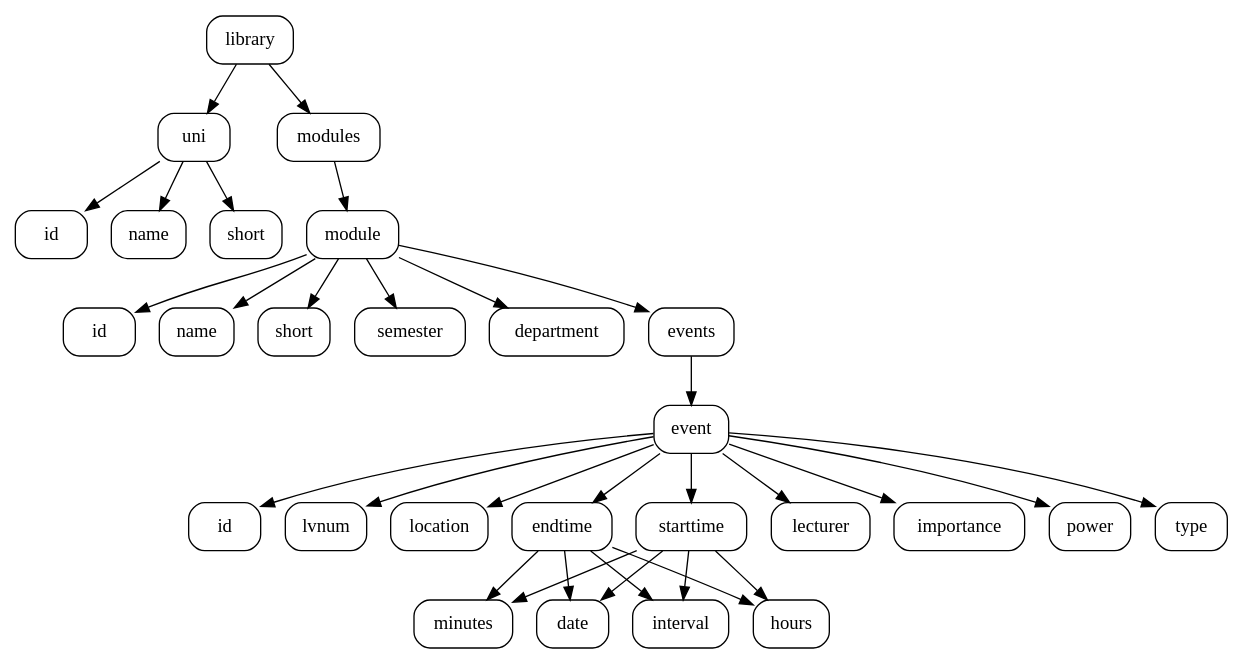
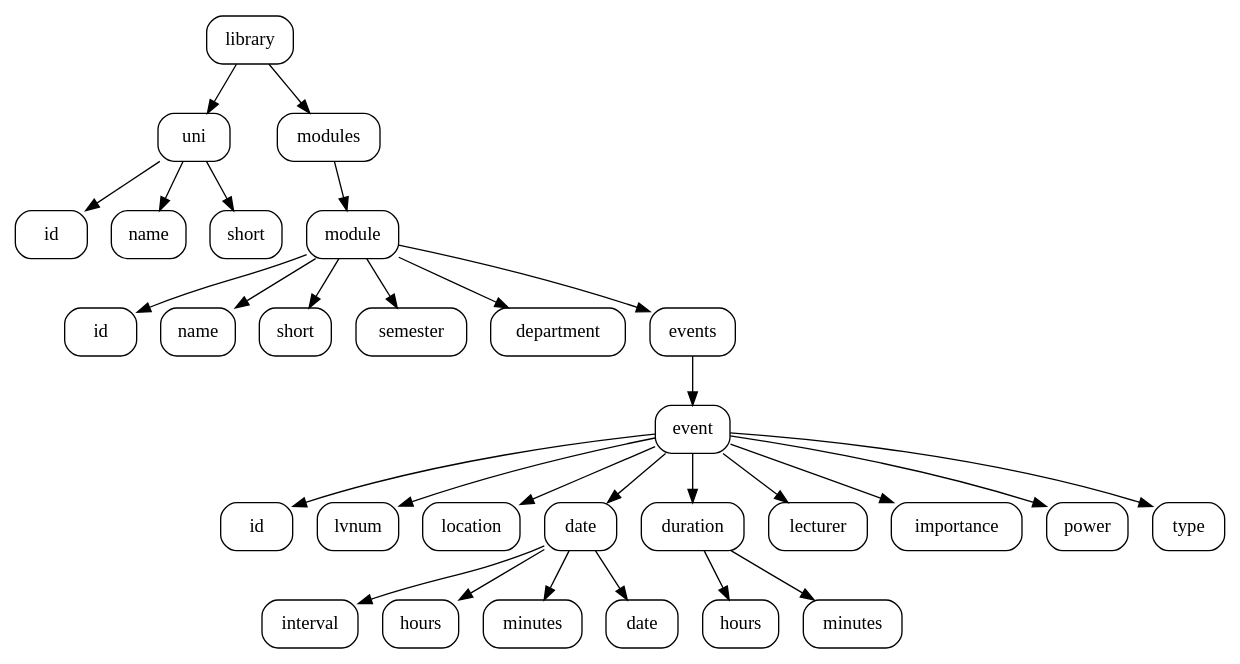
Before and after one commit to chronus7/StudyPlaner: the diagram in Xml-Structure/uniLib.dot, drawn with Graphviz. The commit also changed 3 other files, not shown here.

```diff
--- a/Xml-Structure/uniLib.dot
+++ b/Xml-Structure/uniLib.dot
@@ -1,66 +1,71 @@
 digraph UniLibStructure {
 	rankdir = TD
 
 	{ node [shape = Mrecord]
 		library
 		
 		uni
 		idu [label = "id"]
 		nameu [label = "name"]
 		shortu [label = "short"]
 		modules
 
 		module
 		idm [label = "id"]
 		namem [label = "name"]
 		shortm [label = "short"]
 		semester
 		department
 		events
 
 		event
 		ide [label = "id"]
 		lvnum
 		location
-		starttime
+		date
 			interval
 			hours
 			minutes
-			date
-		endtime
+			dated [label = "date"]
+		duration
+			hoursd [label = "hours"]
+			minutesd [label = "minutes"]
 		lecturer
 		importance
 		power
 		type
 	}
 	library -> uni
 	library -> modules
 
 	uni -> idu
 	uni -> nameu
 	uni -> shortu
 
 	modules -> module
 	module -> idm
 	module -> namem
 	module -> shortm
 	module -> semester
 	module -> department
 	module -> events
 	events -> event
 
 	event -> ide
 	event -> lvnum
 	event -> location
-	event -> starttime
-	event -> endtime
+	event -> date
+	event -> duration
 	event -> lecturer
 	event -> importance
 	event -> power
 	event -> type
 
-	{starttime, endtime} -> interval
-	{starttime, endtime} -> hours
-	{starttime, endtime} -> minutes
-	{starttime, endtime} -> date
+	date -> interval
+	date -> hours
+	date -> minutes
+	date -> dated
+
+	duration -> hoursd
+	duration -> minutesd
 }
```
